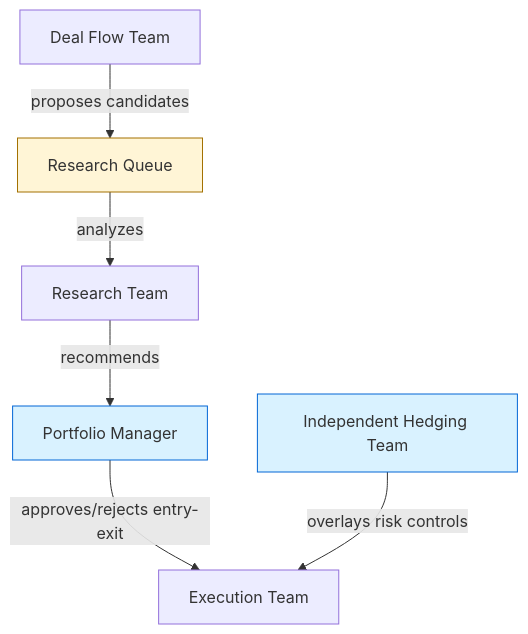
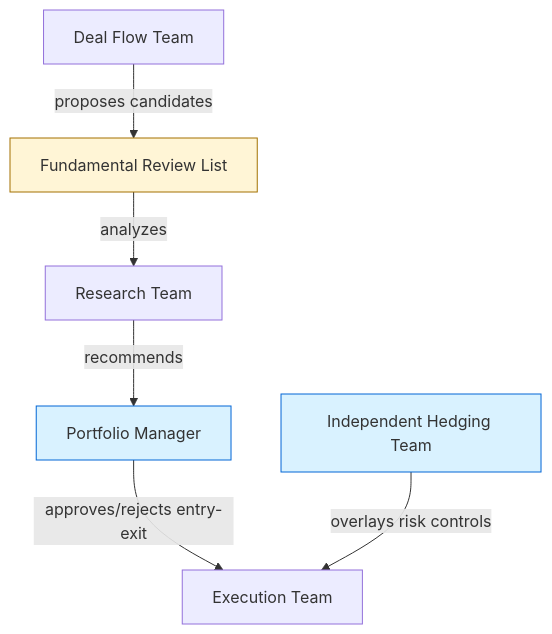
The third of 7 diagrams in memory/archive/DeepWiki_System_Architecture.md (VPAeternus/Aeternus), drawn with Mermaid before and after one commit. The commit also changed other lines of this file and 3604 other files, not shown here.

````diff
--- a/memory/archive/DeepWiki_System_Architecture.md
+++ b/memory/archive/DeepWiki_System_Architecture.md
@@ -92,13 +92,13 @@
 ```mermaid
 flowchart TD
-    DF["Deal Flow Team"] -->|"proposes candidates"| RQ["Research Queue"]
+    DF["Deal Flow Team"] -->|"proposes candidates"| RQ["Fundamental Review List"]
     RQ -->|"analyzes"| RT["Research Team"]
     RT -->|"recommends"| PM["Portfolio Manager"]
     PM -->|"approves/rejects entry-exit"| EX["Execution Team"]
     HG["Independent Hedging Team"] -->|"overlays risk controls"| EX
 
     classDef owner fill:#d9f2ff,stroke:#0366d6,stroke-width:1px;
     classDef gate fill:#fff5d6,stroke:#a37100,stroke-width:1px;
     class PM,HG owner;
     class RQ gate;
 ```
````
